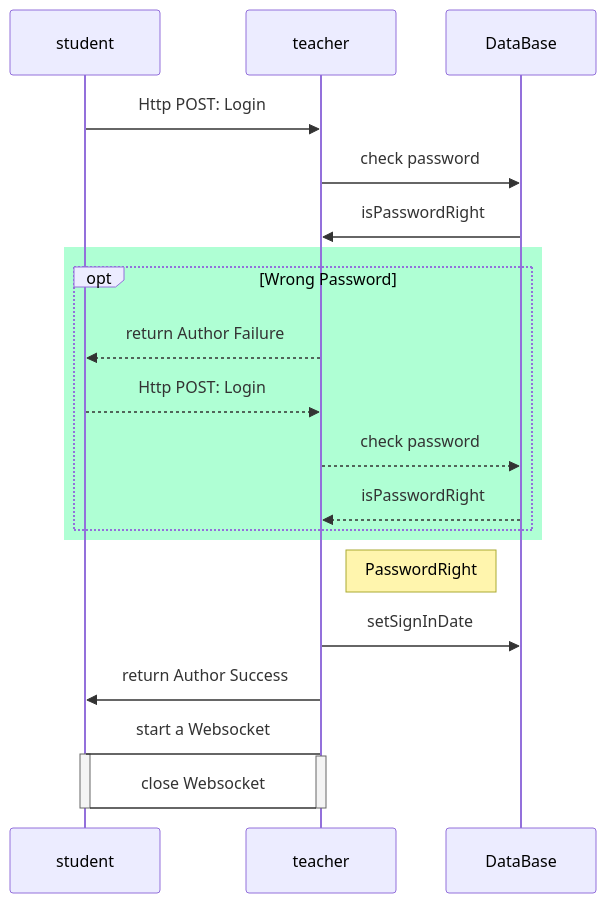
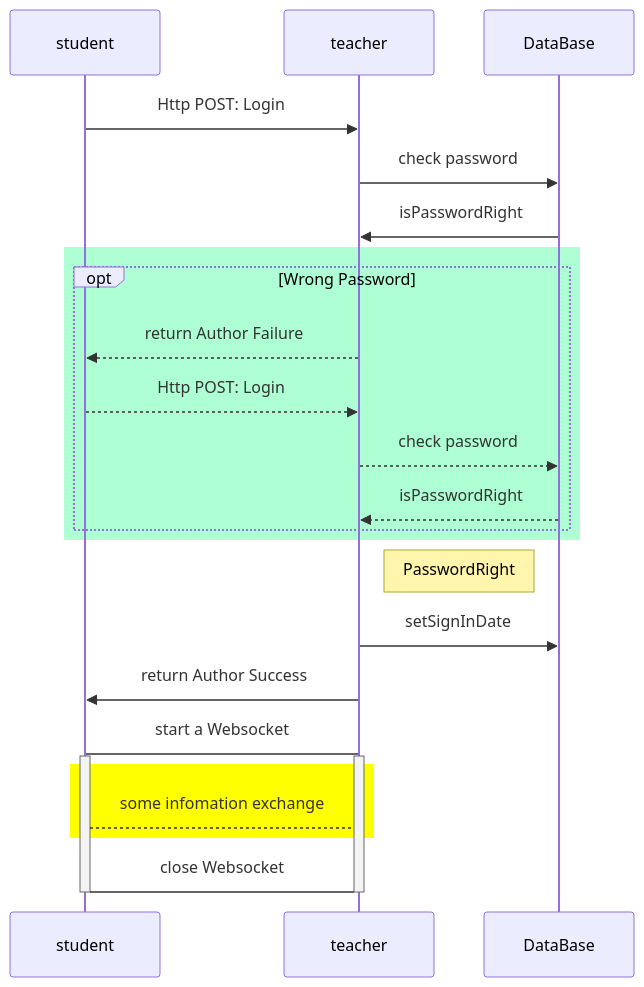
One commit to xylon-xiang/xylon-xiang-clientManagementSystem changed the first of 3 diagrams in architecture design.md. Above: the diagram before and after it, drawn with Mermaid. The commit also changed other lines of this file, not shown here.

Commit message:
update the architecture design

````diff
--- a/architecture design.md
+++ b/architecture design.md
@@ -19,42 +19,47 @@
 ```mermaid
 sequenceDiagram
 
     participant student
     participant teacher
     participant DataBase
 	
 
     student ->> teacher: Http POST: Login
   
   teacher ->> DataBase: check password
     DataBase ->> teacher: isPasswordRight
     
     
     rect rgb(175, 255, 212)
      
     opt Wrong Password
   	teacher -->> student: return Author Failure
     student -->> teacher: Http POST: Login
     teacher -->> DataBase: check password
     DataBase -->> teacher: isPasswordRight
     end
     
     end
     
     Note left of DataBase: PasswordRight
     
     teacher ->> DataBase: setSignInDate
     
     teacher ->> student: return Author Success
     
     teacher -> student: start a Websocket
     
   
     activate student
     activate teacher
+    
+    rect rgb(255,255,0)
+     student --> teacher: some infomation exchange
+     end
+     
     student -> teacher: close Websocket
     deactivate teacher
     deactivate student
 
     
 ```
````
